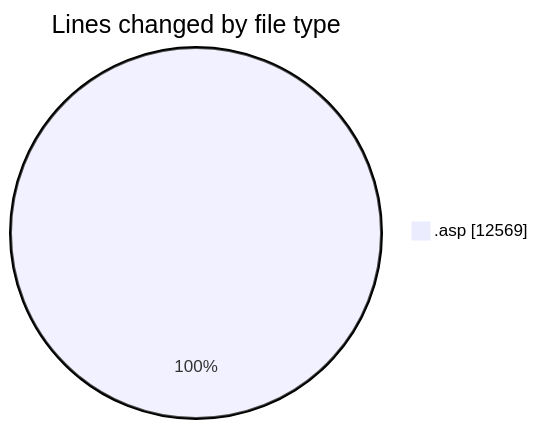
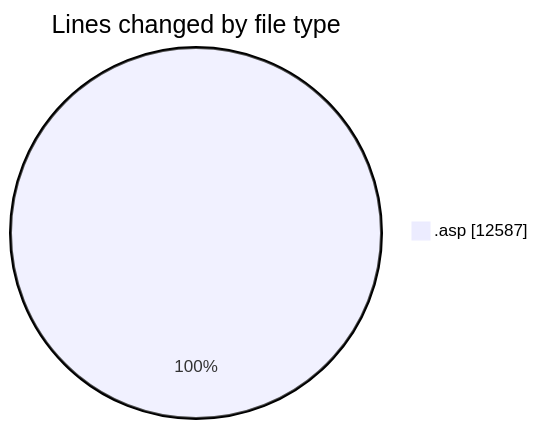
One commit to julien-gomy/code-tracking changed the first of 2 diagrams in 2025-11-28/cdp_aleoudev_fr__workspace_/README.md. Above: the diagram before and after it, drawn with Mermaid. The commit also changed other lines of this file and 1 other file, not shown here.

````diff
--- a/2025-11-28/cdp_aleoudev_fr__workspace_/README.md
+++ b/2025-11-28/cdp_aleoudev_fr__workspace_/README.md
@@ -24,5 +24,5 @@
 ```mermaid
 pie showData
 title Lines changed by file type
-".asp" : 12569
+".asp" : 12587
 ```
````
